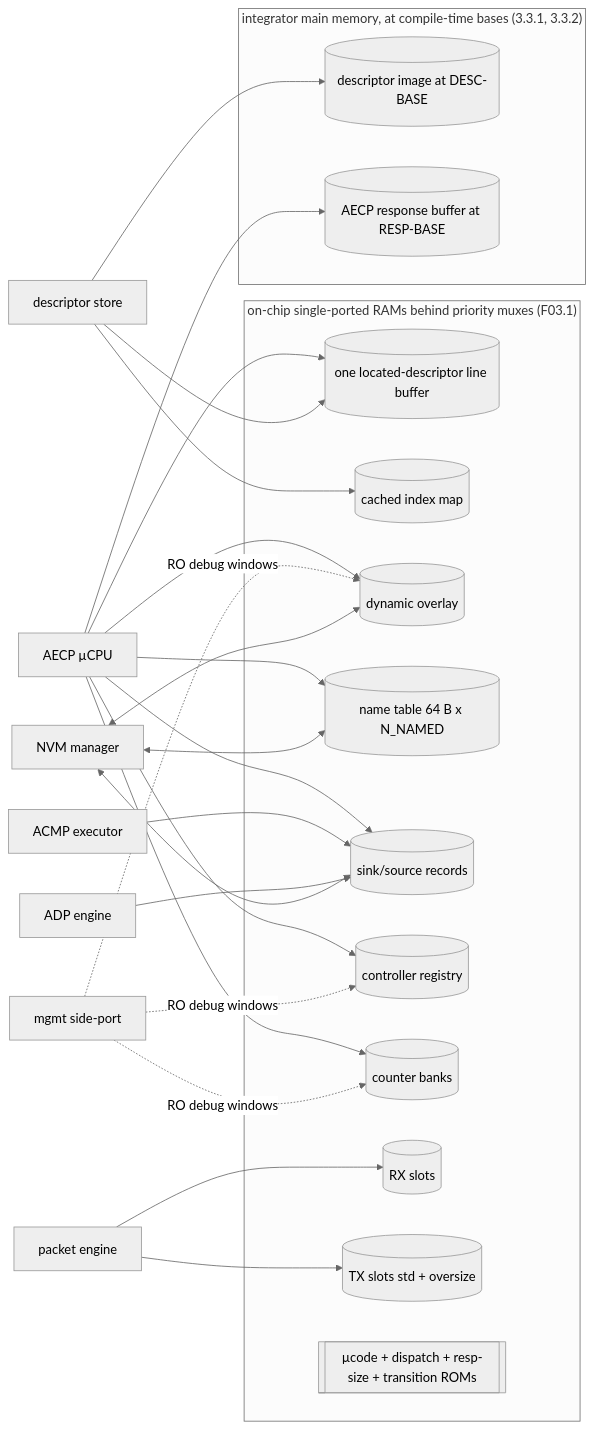
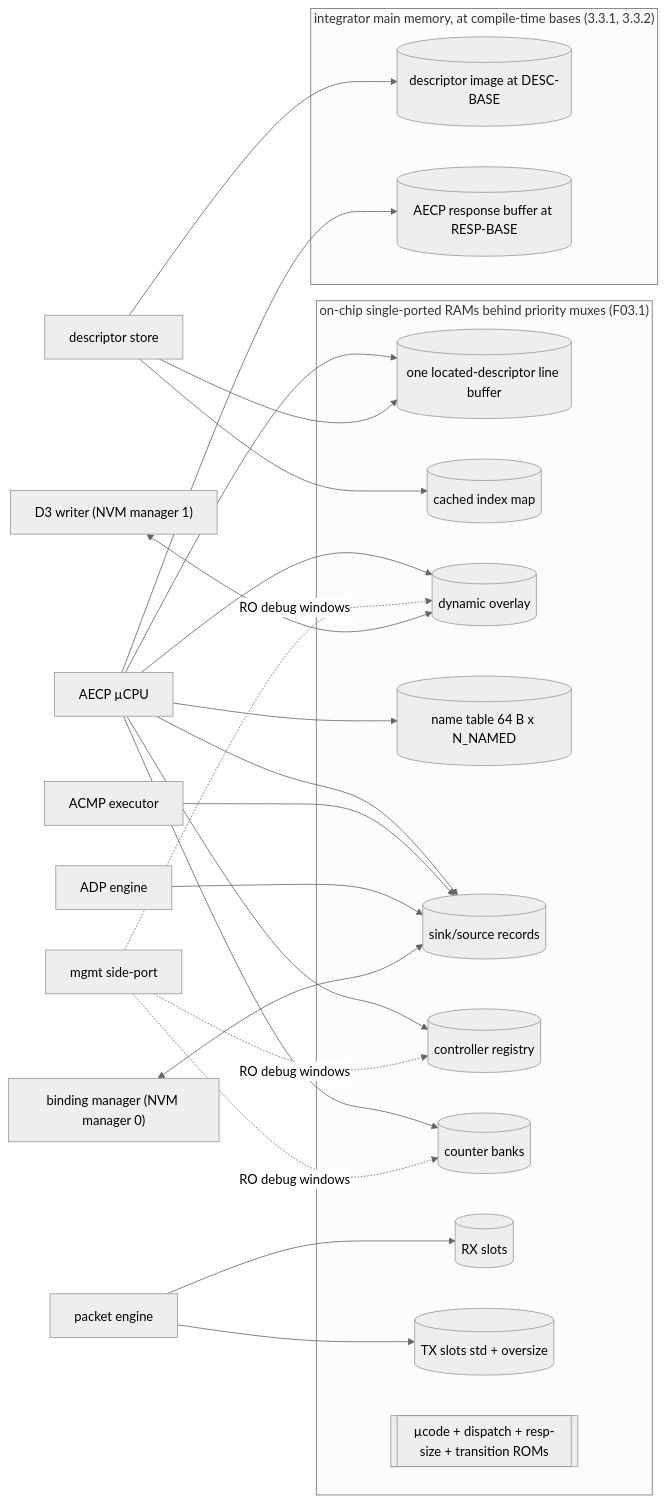
The first of 3 diagrams in docs/architecture/07_memory_maps.md (Mister-M-alt/protocol-processor-control-plane-avb-milan), drawn with Mermaid (neutral theme) before and after one commit. The commit also changed other lines of this file and 39 other files, not shown here.

Commit message:
Synchronize the section 15.2 contracts, guides, diagrams and suites with the D3 writer, and grade the volatile set and the DR3a spans

````diff
--- a/docs/architecture/07_memory_maps.md
+++ b/docs/architecture/07_memory_maps.md
@@ -14,28 +14,29 @@
 ```mermaid
 flowchart LR
   subgraph mainmem ["integrator main memory, at compile-time bases (3.3.1, 3.3.2)"]
     img[("descriptor image at DESC-BASE")]
     rsp[("AECP response buffer at RESP-BASE")]
   end
   subgraph rams ["on-chip single-ported RAMs behind priority muxes (F03.1)"]
     line[("one located-descriptor line buffer")]
     idx[("cached index map")]
     ovl[("dynamic overlay")]
     names[("name table 64 B x N_NAMED")]
     dyn[("sink/source records")]
     reg[("controller registry")]
     ctr[("counter banks")]
     rxs[("RX slots")]
     txs[("TX slots std + oversize")]
     ucr[["µcode + dispatch + resp-size + transition ROMs"]]
   end
   aecp["AECP µCPU"] --> line & ovl & names & dyn & reg & ctr
   aecp --> rsp
   store["descriptor store"] --> img
   store --> line & idx
   acmp["ACMP executor"] --> dyn
   adp["ADP engine"] --> dyn
   pkt["packet engine"] --> rxs & txs
   side["mgmt side-port"] -. "RO debug windows" .-> ovl & reg & ctr
-  nvmm["NVM manager"] <--> ovl & dyn & names
+  d3w["D3 writer (NVM manager 1)"] <--> ovl
+  bindm["binding manager (NVM manager 0)"] <--> dyn
 ```
````
